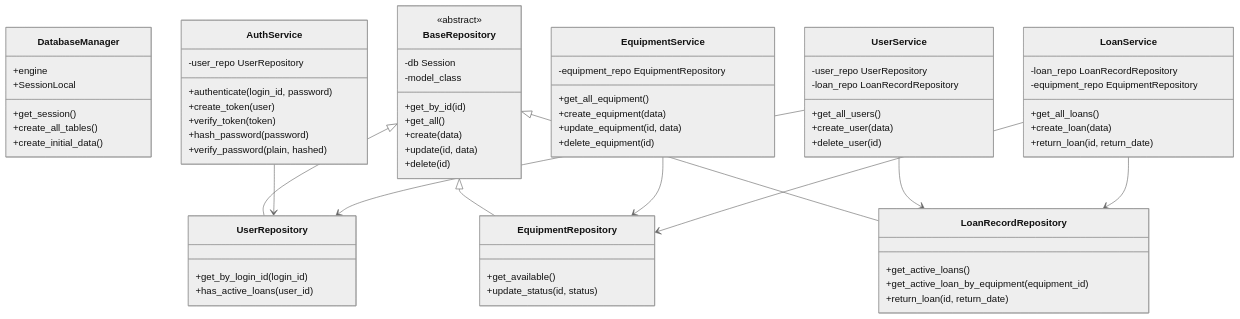
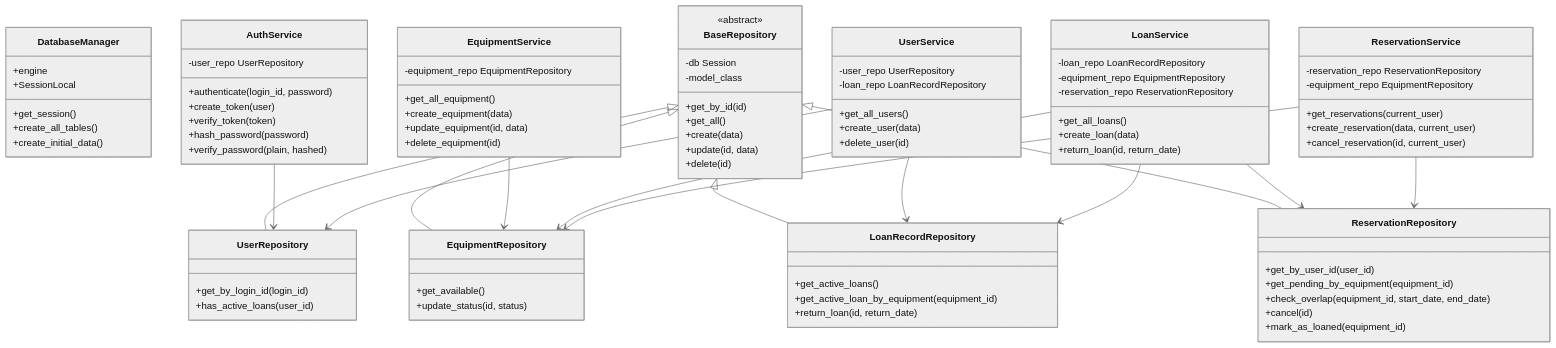
The tenth of 11 diagrams in docs/detail_design.md (notfolder/roo_code_test), drawn with Mermaid (neutral theme) before and after one commit. The commit also changed other lines of this file and 19 other files, not shown here.

````diff
--- a/docs/detail_design.md
+++ b/docs/detail_design.md
@@ -847,10 +1083,26 @@
     class LoanService {
         -loan_repo LoanRecordRepository
         -equipment_repo EquipmentRepository
+        -reservation_repo ReservationRepository
         +get_all_loans()
         +create_loan(data)
         +return_loan(id, return_date)
     }
+    class ReservationRepository {
+        +get_by_user_id(user_id)
+        +get_pending_by_equipment(equipment_id)
+        +check_overlap(equipment_id, start_date, end_date)
+        +cancel(id)
+        +mark_as_loaned(equipment_id)
+    }
+    class ReservationService {
+        -reservation_repo ReservationRepository
+        -equipment_repo EquipmentRepository
+        +get_reservations(current_user)
+        +create_reservation(data, current_user)
+        +cancel_reservation(id, current_user)
+    }
+    BaseRepository <|-- ReservationRepository
 
     AuthService --> UserRepository
     UserService --> UserRepository
@@ -858,4 +1110,7 @@
     EquipmentService --> EquipmentRepository
     LoanService --> LoanRecordRepository
     LoanService --> EquipmentRepository
+    LoanService --> ReservationRepository
+    ReservationService --> ReservationRepository
+    ReservationService --> EquipmentRepository
 ```
````
